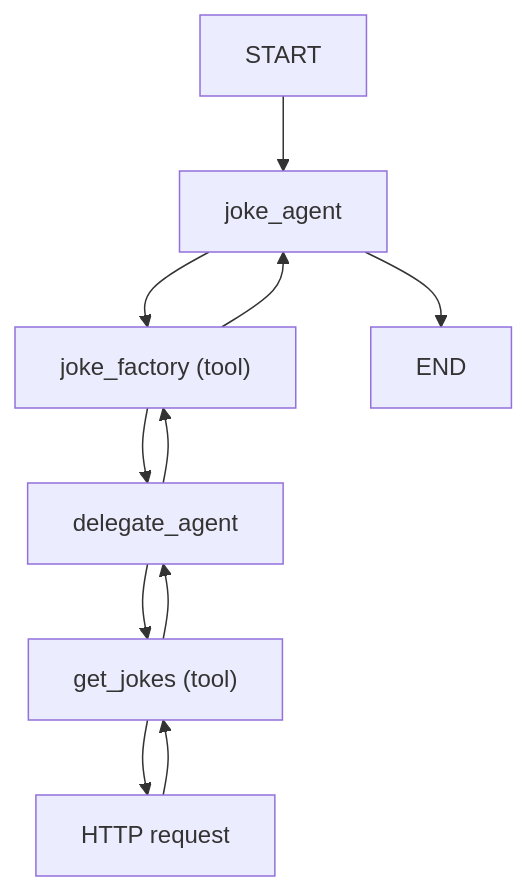
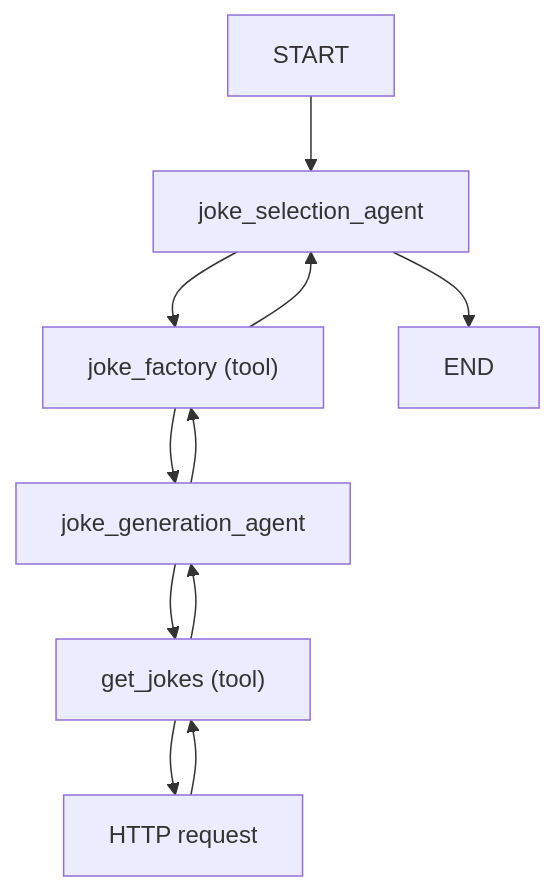
Before and after one commit to pydantic/pydantic-ai: the second of 3 diagrams in docs/multi-agent-applications.md, drawn with Mermaid. The commit also changed other lines of this file and 3 other files, not shown here.

````diff
--- a/docs/multi-agent-applications.md
+++ b/docs/multi-agent-applications.md
@@ -162,13 +169,13 @@
 ```mermaid
 graph TD
-  START --> joke_agent
-  joke_agent --> joke_factory["joke_factory (tool)"]
-  joke_factory --> delegate_agent
-  delegate_agent --> get_jokes["get_jokes (tool)"]
+  START --> joke_selection_agent
+  joke_selection_agent --> joke_factory["joke_factory (tool)"]
+  joke_factory --> joke_generation_agent
+  joke_generation_agent --> get_jokes["get_jokes (tool)"]
   get_jokes --> http_request["HTTP request"]
   http_request --> get_jokes
-  get_jokes --> delegate_agent
-  delegate_agent --> joke_factory
-  joke_factory --> joke_agent
-  joke_agent --> END
+  get_jokes --> joke_generation_agent
+  joke_generation_agent --> joke_factory
+  joke_factory --> joke_selection_agent
+  joke_selection_agent --> END
 ```
````
